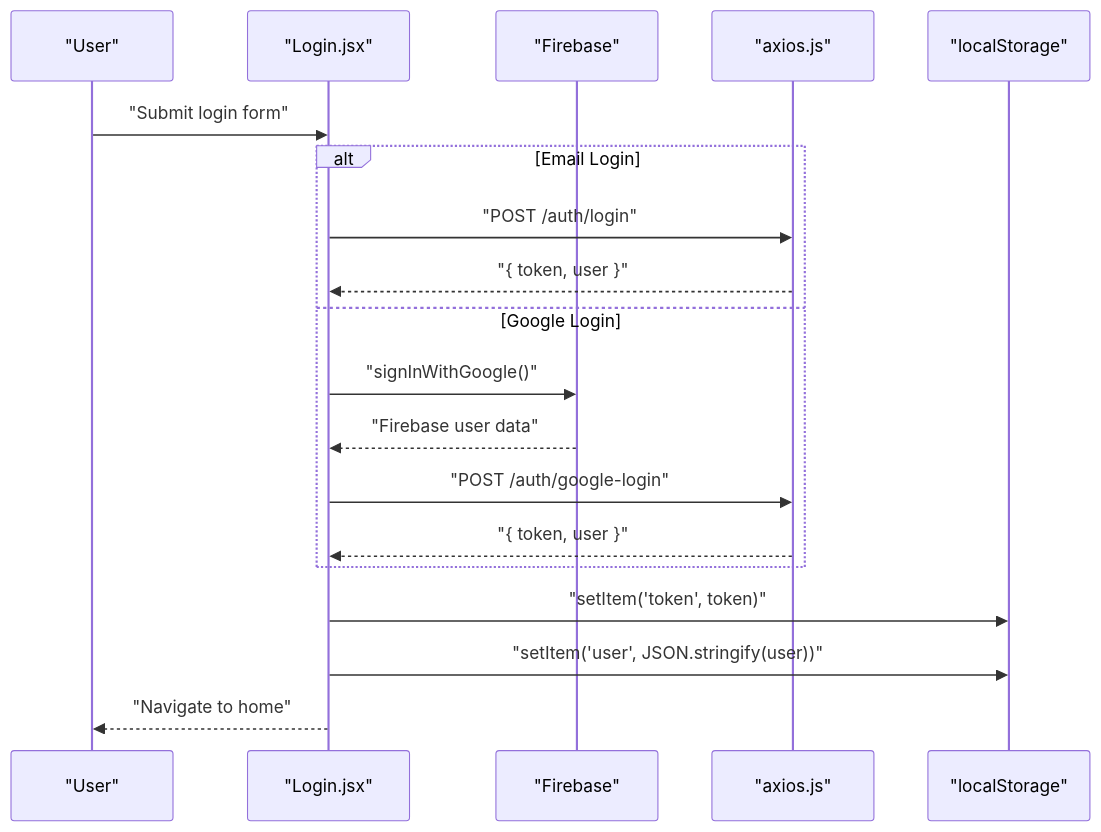
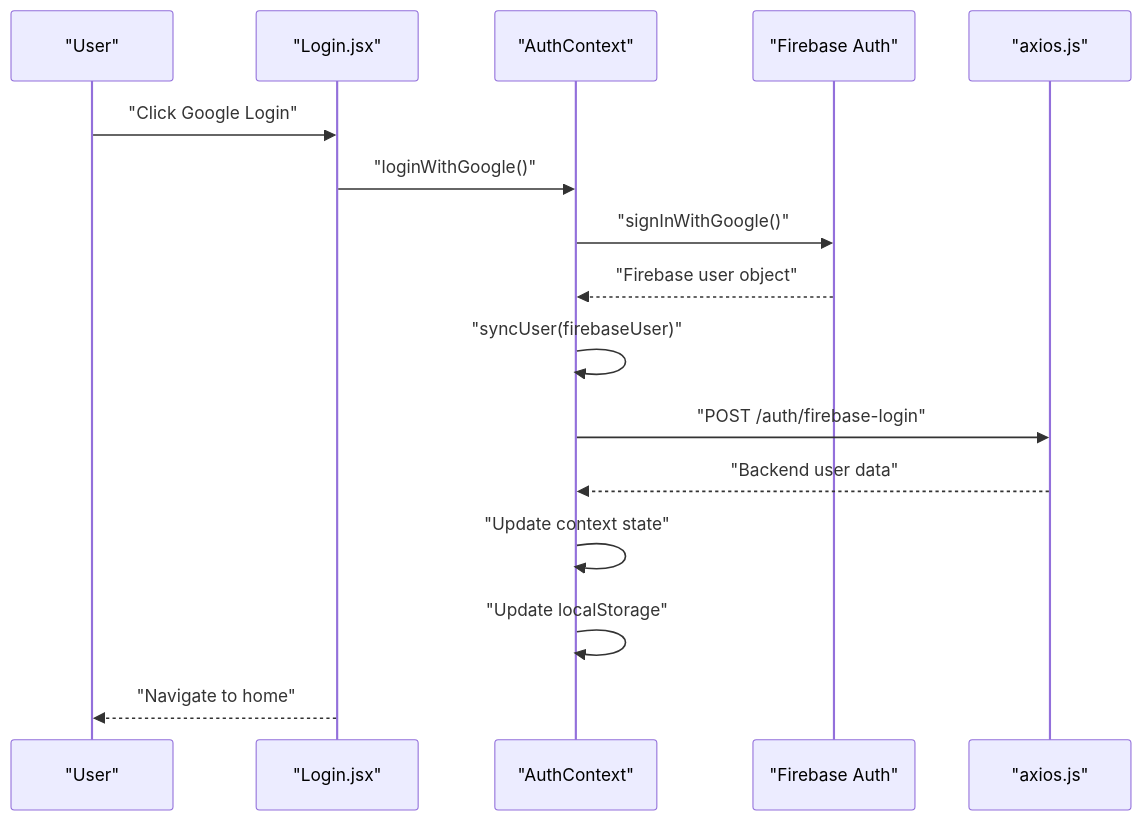
One commit to Pavan-PSPK9032/TrendsandToss changed the sixth of 9 diagrams in .qoder/repowiki/en/content/Authentication & Authorization/Frontend Authentication State Management.md. Above: the diagram before and after it, drawn with Mermaid. The commit also changed other lines of this file and 9 other files, not shown here.

````diff
--- a/.qoder/repowiki/en/content/Authentication & Authorization/Frontend Authentication State Management.md
+++ b/.qoder/repowiki/en/content/Authentication & Authorization/Frontend Authentication State Management.md
@@ -296,21 +280,18 @@
 ```mermaid
 sequenceDiagram
 participant U as "User"
 participant P as "Login.jsx"
-participant F as "Firebase"
+participant AC as "AuthContext"
+participant FA as "Firebase Auth"
 participant AX as "axios.js"
-participant LS as "localStorage"
-U->>P : "Submit login form"
-alt Email Login
-P->>AX : "POST /auth/login"
-AX-->>P : "{ token, user }"
-else Google Login
-P->>F : "signInWithGoogle()"
-F-->>P : "Firebase user data"
-P->>AX : "POST /auth/google-login"
-AX-->>P : "{ token, user }"
-end
-P->>LS : "setItem('token', token)"
-P->>LS : "setItem('user', JSON.stringify(user))"
+U->>P : "Click Google Login"
+P->>AC : "loginWithGoogle()"
+AC->>FA : "signInWithGoogle()"
+FA-->>AC : "Firebase user object"
+AC->>AC : "syncUser(firebaseUser)"
+AC->>AX : "POST /auth/firebase-login"
+AX-->>AC : "Backend user data"
+AC->>AC : "Update context state"
+AC->>AC : "Update localStorage"
 P-->>U : "Navigate to home"
 ```
````
